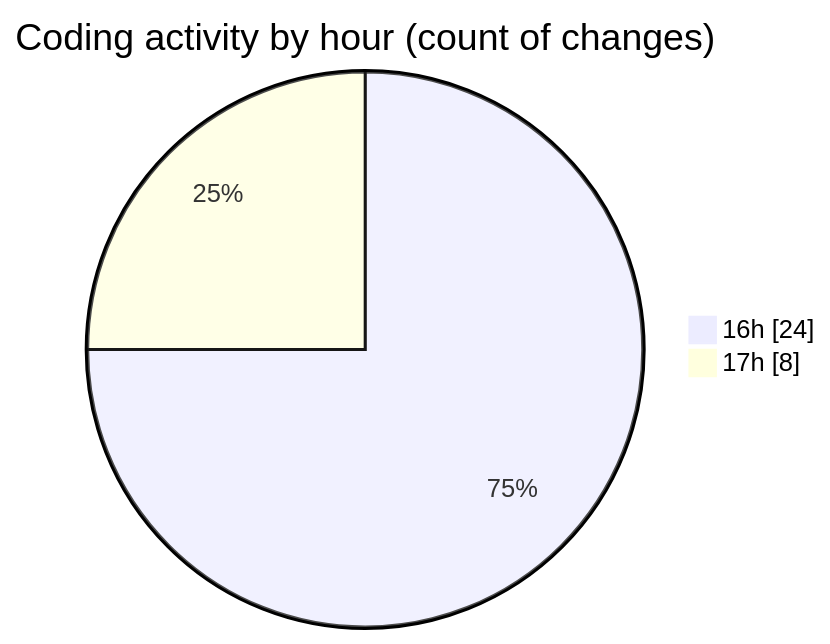
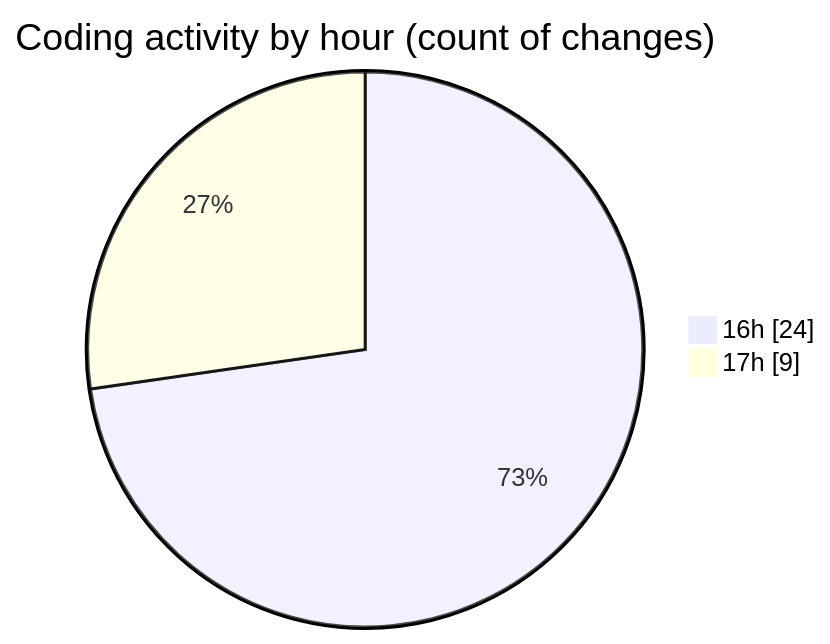
The second of 2 diagrams in 2025-01-26/trackers_app/README.md (donsfak/code-tracking), drawn with Mermaid before and after one commit. The commit also changed other lines of this file and 1 other file, not shown here.

````diff
--- a/2025-01-26/trackers_app/README.md
+++ b/2025-01-26/trackers_app/README.md
@@ -36,6 +37,6 @@
 ```mermaid
 pie showData
 title Coding activity by hour (count of changes)
 "16h" : 24
-"17h" : 8
+"17h" : 9
 ```
````
